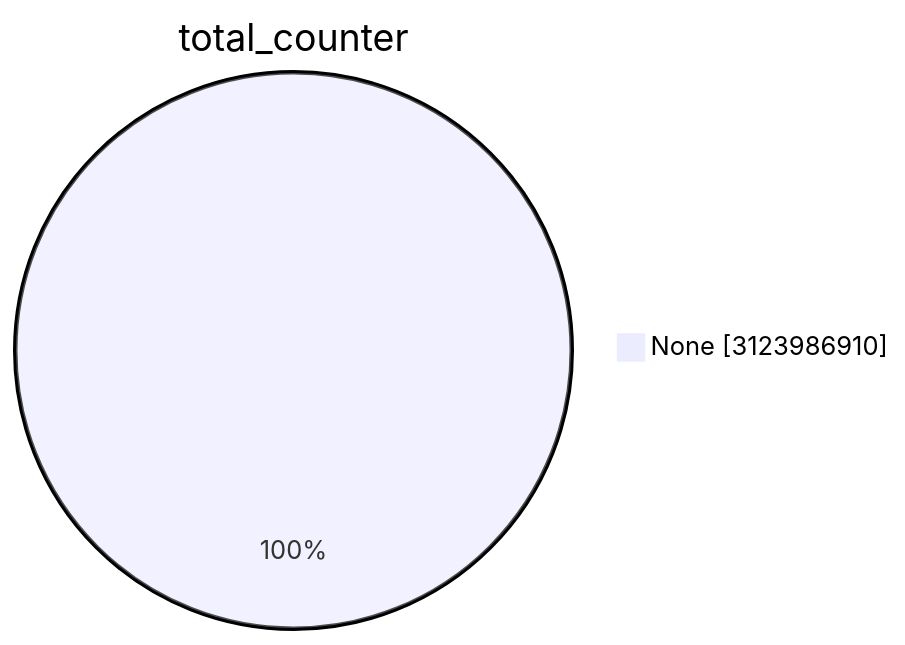
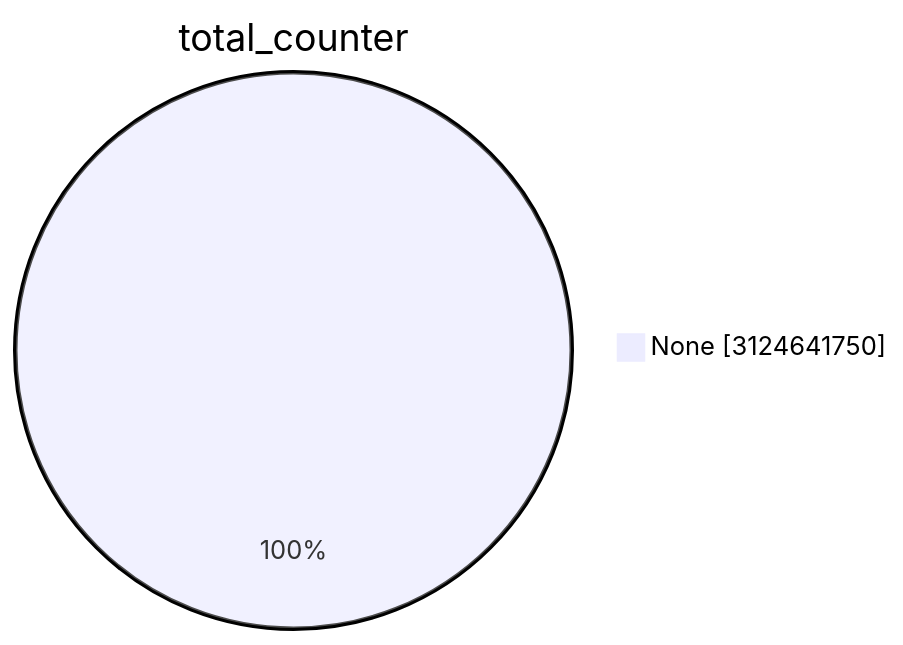
Before and after one commit to christiankrug/ctmonitor_visualization: the first of 15 diagrams in TOTAL/README.md, drawn with Mermaid. The commit also changed other lines of this file, not shown here.

````diff
--- a/TOTAL/README.md
+++ b/TOTAL/README.md
@@ -1,5 +1,5 @@
 ```mermaid
 pie showData
 title total_counter
-"None" :3123986910
+"None" :3124641750
 ```
````
